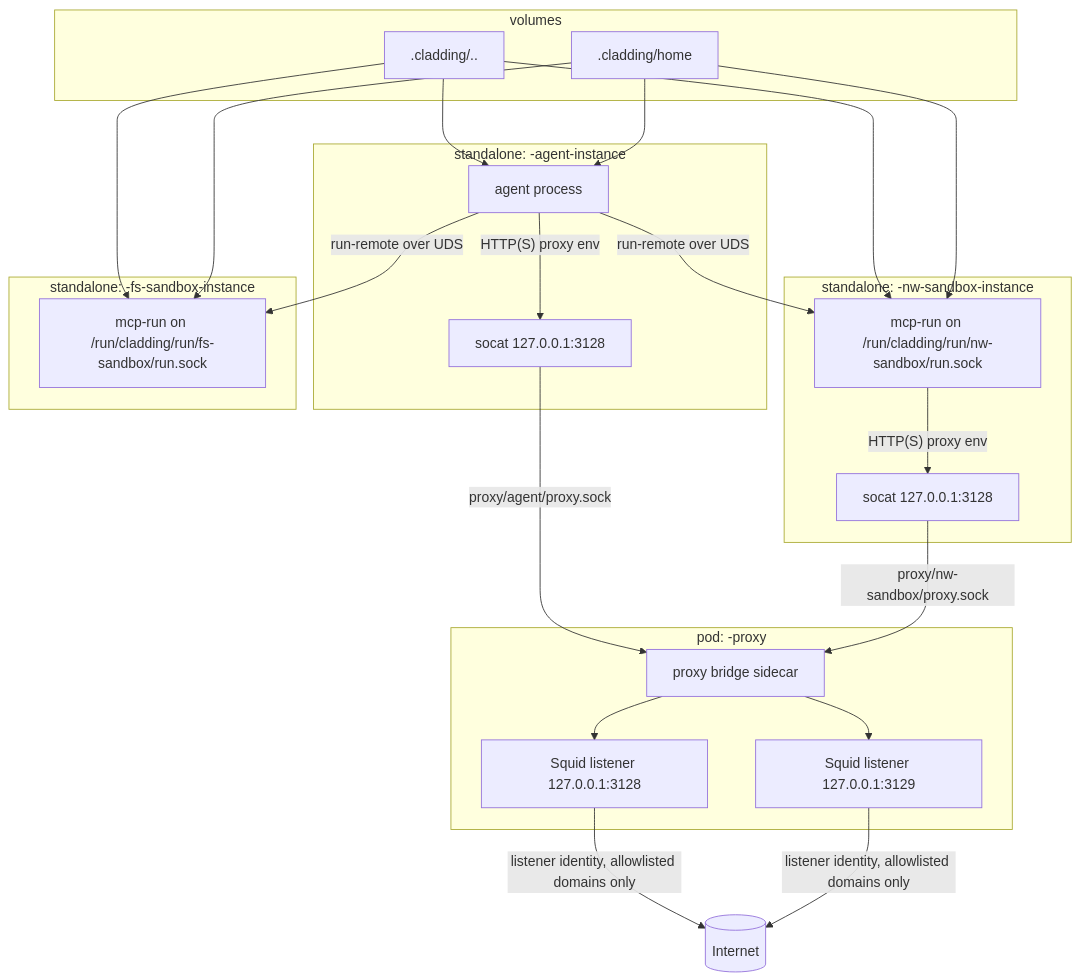
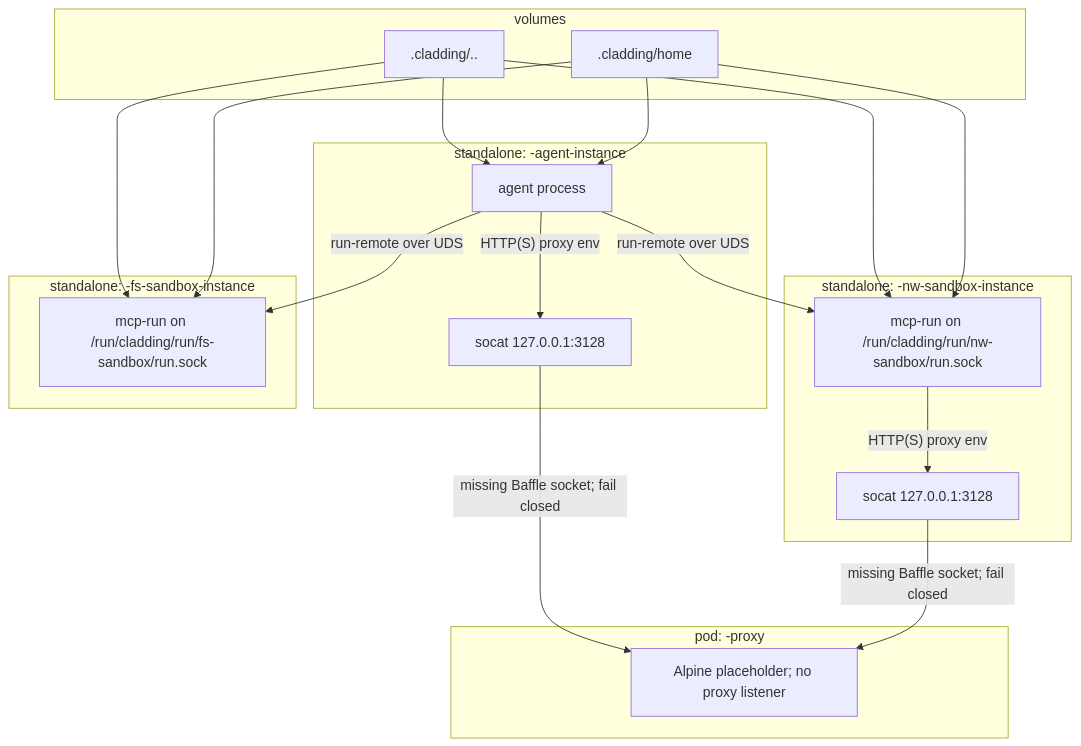
One commit to dstoc/cladding changed the diagram in README.md. Above: the diagram before and after it, drawn with Mermaid. The commit also changed other lines of this file and 22 other files, not shown here.

First line of the commit message:
feat(proxy): materialize native Baffle TOML config (#44)

````diff
--- a/README.md
+++ b/README.md
@@ -277,46 +277,40 @@
 ```mermaid
 flowchart TB
   subgraph C["standalone: <name>-agent-instance"]
     CA[agent process]
     CAP[socat 127.0.0.1:3128]
   end
 
   subgraph H[volumes]
     WS[.cladding/..]
     HOME[.cladding/home]
   end
 
 
   subgraph S["standalone: <name>-nw-sandbox-instance"]
     SAP[socat 127.0.0.1:3128]
     SA[mcp-run on /run/cladding/run/nw-sandbox/run.sock]
   end
 
   subgraph F["standalone: <name>-fs-sandbox-instance"]
     FA[mcp-run on /run/cladding/run/fs-sandbox/run.sock]
   end
 
   subgraph P["pod: <name>-proxy"]
-    PB[proxy bridge sidecar]
-    PX1[Squid listener 127.0.0.1:3128]
-    PX2[Squid listener 127.0.0.1:3129]
+    PX[Alpine placeholder; no proxy listener]
   end
 
   WS --> CA
   WS --> SA
   WS --> FA
   HOME --> CA
   HOME --> SA
   HOME --> FA
 
   CA -- run-remote over UDS --> SA
   CA -- run-remote over UDS --> FA
   CA -- HTTP(S) proxy env --> CAP
-  CAP -- proxy/agent/proxy.sock --> PB
-  SAP -- proxy/nw-sandbox/proxy.sock --> PB
-  PB --> PX1
-  PB --> PX2
+  CAP -- missing Baffle socket; fail closed --> PX
+  SAP -- missing Baffle socket; fail closed --> PX
   SA -- HTTP(S) proxy env --> SAP
-  PX1 -- listener identity, allowlisted domains only --> NET[(Internet)]
-  PX2 -- listener identity, allowlisted domains only --> NET
 ```
````
